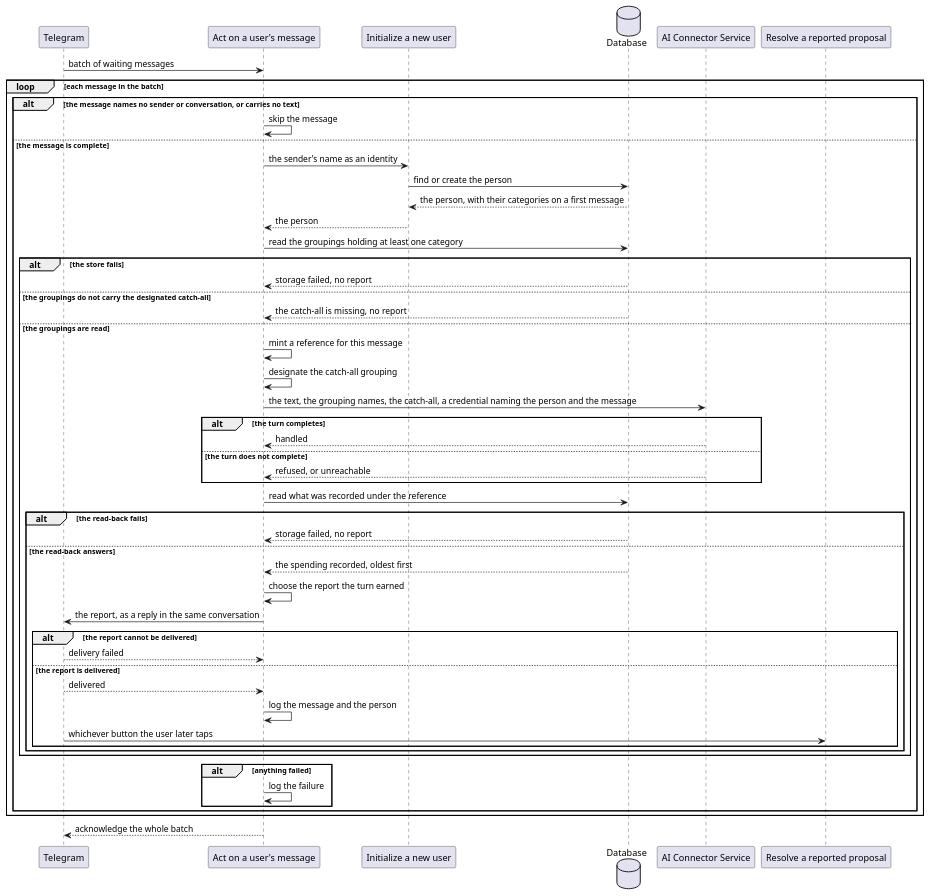
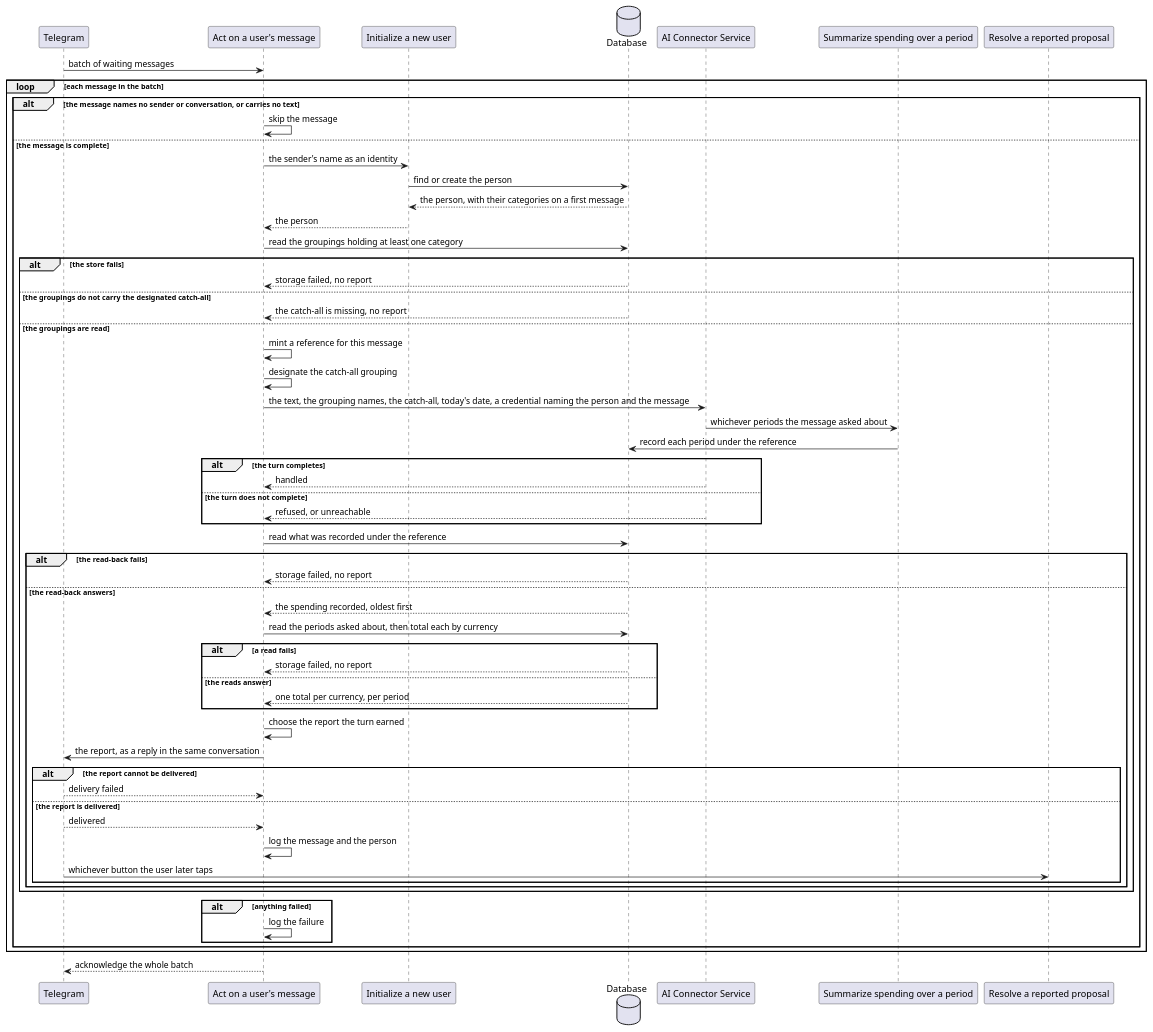
Before and after one commit to ds-usova/finance-bot: the second of 2 diagrams in ledger-service/docs/usecases/handle-incoming-message.md, drawn with PlantUML. The commit also changed other lines of this file and 166 other files, not shown here.

First line of the commit message:
Feature: summarize spending (#7)

````diff
--- a/ledger-service/docs/usecases/handle-incoming-message.md
+++ b/ledger-service/docs/usecases/handle-incoming-message.md
@@ -162,58 +198,67 @@
 ```plantuml
 @startuml ActOnUserMessage-Sequence
 participant "Telegram" as TG
 participant "Act on a user's message" as UC
 participant "Initialize a new user" as IU
 database "Database" as DB
 participant "AI Connector Service" as AI
+participant "Summarize spending over a period" as SS
 participant "Resolve a reported proposal" as RP
 
 TG -> UC : batch of waiting messages
 
 loop each message in the batch
   alt the message names no sender or conversation, or carries no text
     UC -> UC : skip the message
   else the message is complete
     UC -> IU : the sender's name as an identity
     IU -> DB : find or create the person
     DB --> IU : the person, with their categories on a first message
     IU --> UC : the person
     UC -> DB : read the groupings holding at least one category
     alt the store fails
       DB --> UC : storage failed, no report
     else the groupings do not carry the designated catch-all
       DB --> UC : the catch-all is missing, no report
     else the groupings are read
       UC -> UC : mint a reference for this message
       UC -> UC : designate the catch-all grouping
-      UC -> AI : the text, the grouping names, the catch-all, a credential naming the person and the message
+      UC -> AI : the text, the grouping names, the catch-all, today's date, a credential naming the person and the message
+      AI -> SS : whichever periods the message asked about
+      SS -> DB : record each period under the reference
       alt the turn completes
         AI --> UC : handled
       else the turn does not complete
         AI --> UC : refused, or unreachable
       end
       UC -> DB : read what was recorded under the reference
       alt the read-back fails
         DB --> UC : storage failed, no report
       else the read-back answers
         DB --> UC : the spending recorded, oldest first
+        UC -> DB : read the periods asked about, then total each by currency
+        alt a read fails
+          DB --> UC : storage failed, no report
+        else the reads answer
+          DB --> UC : one total per currency, per period
+        end
         UC -> UC : choose the report the turn earned
         UC -> TG : the report, as a reply in the same conversation
         alt the report cannot be delivered
           TG --> UC : delivery failed
         else the report is delivered
           TG --> UC : delivered
           UC -> UC : log the message and the person
           TG -> RP : whichever button the user later taps
         end
       end
     end
     alt anything failed
       UC -> UC : log the failure
     end
   end
 end
 
 UC --> TG : acknowledge the whole batch
 @enduml
 ```
````
